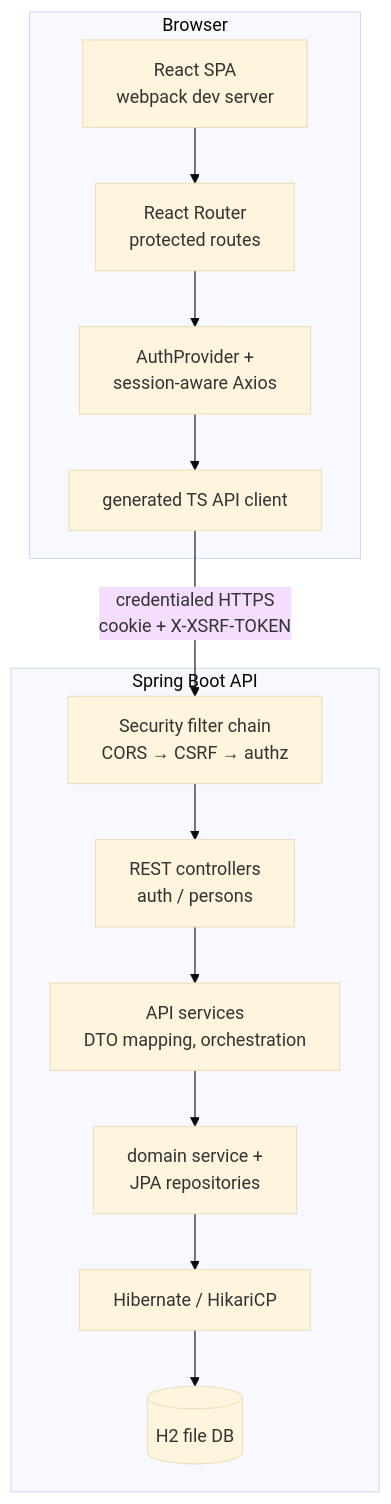
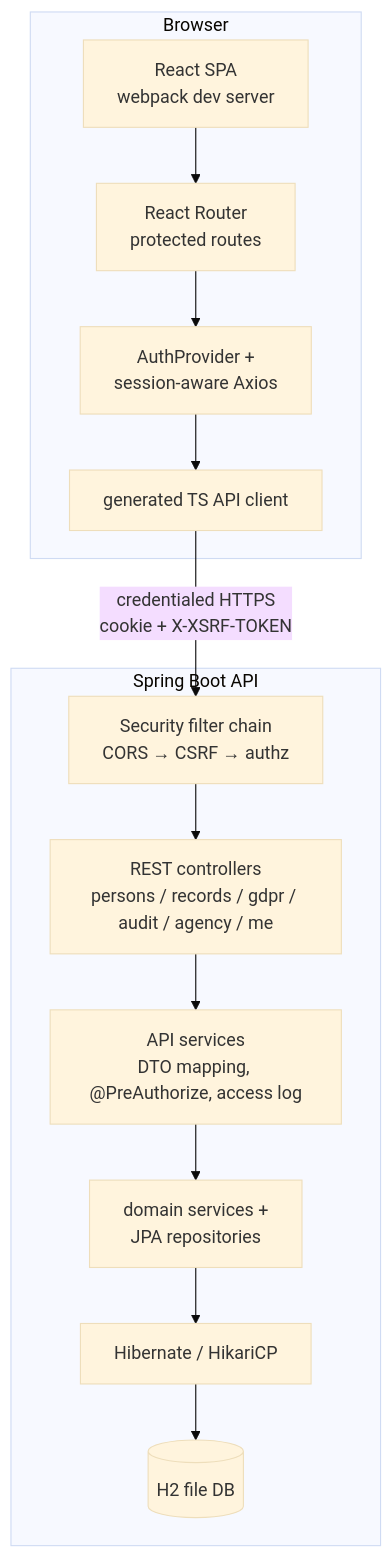
Before and after one commit to Foundation-s-r-o/tech-demo-test: the first of 3 diagrams in docs/ARCHITECTURE.md, drawn with Mermaid (base theme). The commit also changed other lines of this file and 19 other files, not shown here.

````diff
--- a/docs/ARCHITECTURE.md
+++ b/docs/ARCHITECTURE.md
@@ -133,20 +135,20 @@
 ```mermaid
 flowchart TD
     subgraph Browser
         SPA[React SPA<br/>webpack dev server]
         SPA --> Router[React Router<br/>protected routes]
         Router --> AuthCtx[AuthProvider +<br/>session-aware Axios]
         AuthCtx --> Client[generated TS API client]
     end
 
     Client -->|"credentialed HTTPS<br/>cookie + X-XSRF-TOKEN"| Chain
 
     subgraph API["Spring Boot API"]
         Chain[Security filter chain<br/>CORS → CSRF → authz]
-        Chain --> Ctrl[REST controllers<br/>auth / persons]
-        Ctrl --> ApiSvc[API services<br/>DTO mapping, orchestration]
-        ApiSvc --> DomSvc[domain service +<br/>JPA repositories]
+        Chain --> Ctrl[REST controllers<br/>persons / records / gdpr / audit / agency / me]
+        Ctrl --> ApiSvc[API services<br/>DTO mapping, @PreAuthorize, access log]
+        ApiSvc --> DomSvc[domain services +<br/>JPA repositories]
         DomSvc --> ORM[Hibernate / HikariCP]
         ORM --> DB[(H2 file DB)]
     end
 ```
````
